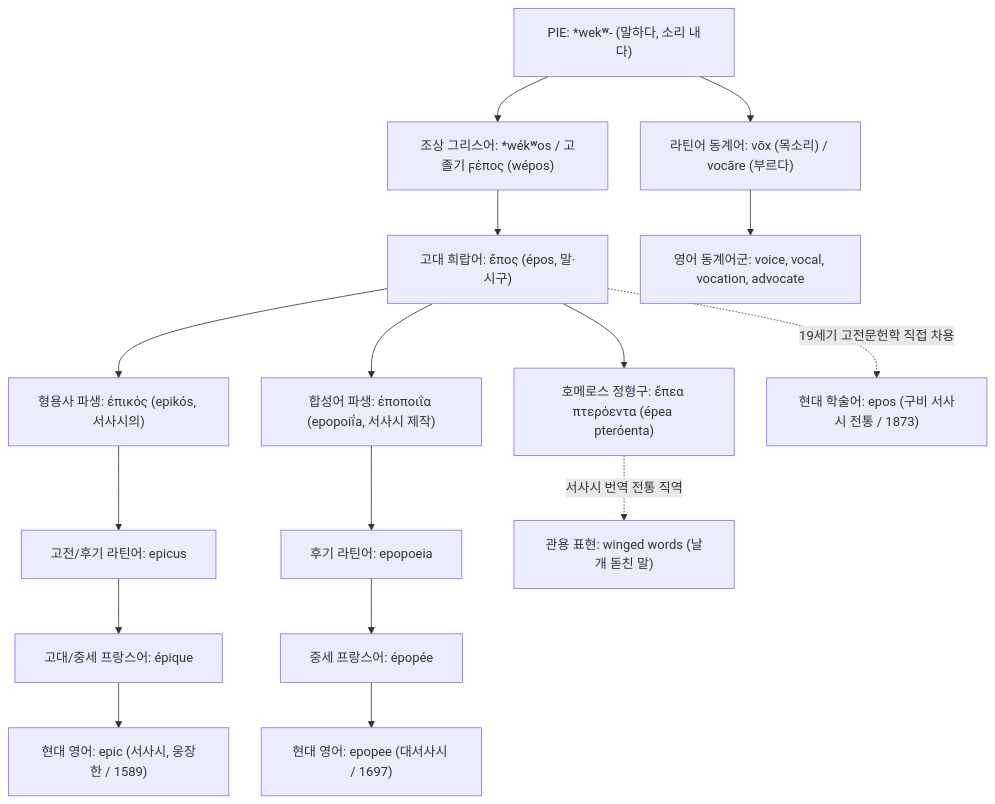
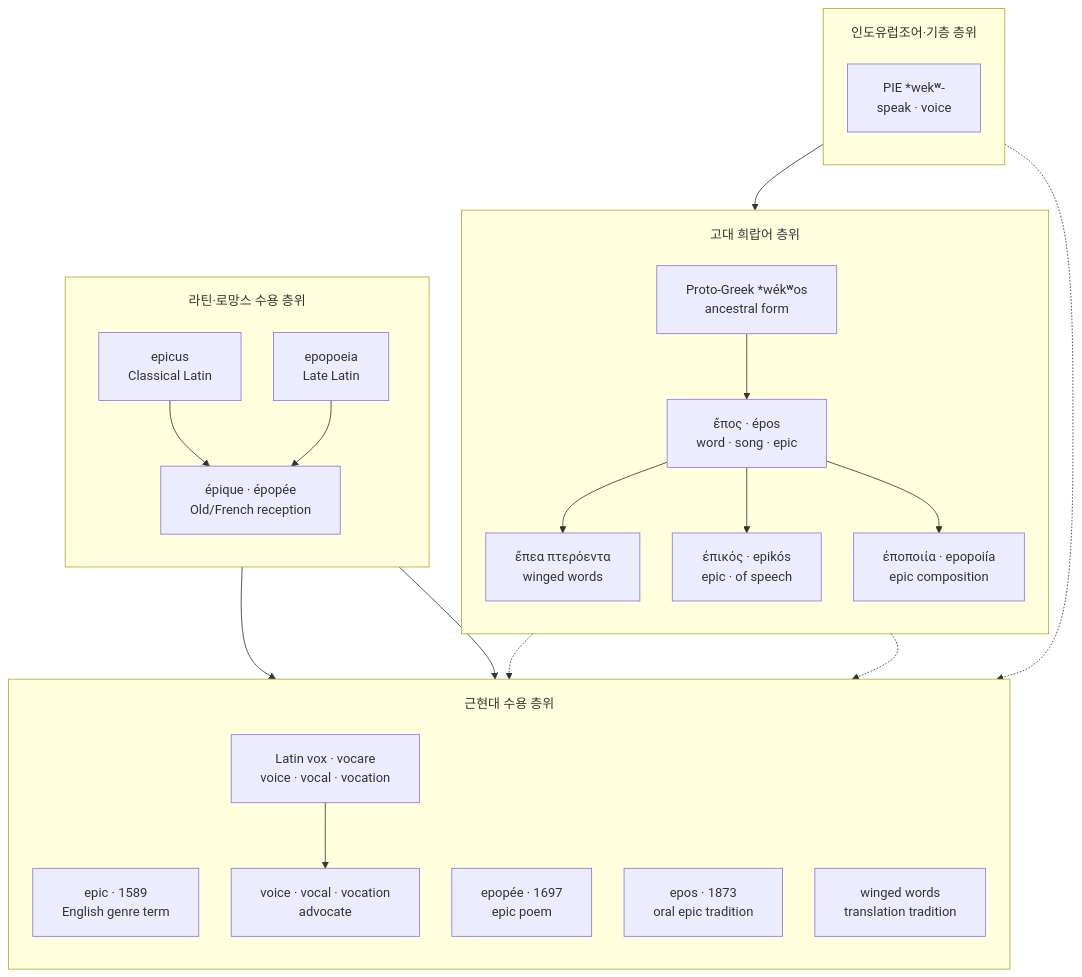
One commit to YgHnSIM/Homer_wiki changed the diagram in words/word-epos.md. Above: the diagram before and after it, drawn with Mermaid.

Commit message:
refactor(word-epos): Type C etymology Mermaid

````diff
--- a/words/word-epos.md
+++ b/words/word-epos.md
@@ -32,26 +32,44 @@
 ```mermaid
 %%{init: {'flowchart': {'useMaxWidth': true, 'nodeSpacing': 40, 'rankSpacing': 56, 'padding': 18, 'subGraphTitleMargin': {'top': 18, 'bottom': 10}}}}%%
 flowchart TD
-    %% 고대 조어 및 희랍어 층위
-    PIE["PIE: *wekʷ- (말하다, 소리 내다)"] --> PGRK["조상 그리스어: *wékʷos / 고졸기 ϝέπος (wépos)"]
-    PGRK --> GRK["고대 희랍어: ἔπος (épos, 말·시구)"]
-    GRK --> FORM["호메로스 정형구: ἔπεα πτερόεντα (épea pteróenta)"]
-    GRK --> ADJ["형용사 파생: ἐπικός (epikós, 서사시의)"]
-    GRK --> COMP["합성어 파생: ἐποποιΐα (epopoiḯa, 서사시 제작)"]
-
-    %% 라틴어 및 로망스어 층위
-    ADJ --> LAT["고전/후기 라틴어: epicus"]
-    COMP --> LLAT["후기 라틴어: epopoeia"]
-    LAT --> OFR["고대/중세 프랑스어: épique"]
-    LLAT --> OFR2["중세 프랑스어: épopée"]
-
-    %% 영어 수용 층위
-    OFR --> MOD1["현대 영어: epic (서사시, 웅장한 / 1589)"]
-    OFR2 --> MOD2["현대 영어: epopee (대서사시 / 1697)"]
-    GRK -.->|"19세기 고전문헌학 직접 차용"| MOD3["현대 학술어: epos (구비 서사시 전통 / 1873)"]
-    FORM -.->|"서사시 번역 전통 직역"| MOD4["관용 표현: winged words (날개 돋친 말)"]
-
-    %% 라틴어 직계 동계어 분기 대조
-    PIE --> LAT_VOX["라틴어 동계어: vōx (목소리) / vocāre (부르다)"]
-    LAT_VOX --> MOD_VOX["영어 동계어군: voice, vocal, vocation, advocate"]
+    subgraph PIE_Stage ["인도유럽조어·기층 층위"]
+        direction TB
+        PIE["PIE *wekʷ-<br/>speak · voice"]:::substrate
+    end
+    subgraph Greek_Stage ["고대 희랍어 층위"]
+        direction TB
+        PGRK["Proto-Greek *wékʷos<br/>ancestral form"]:::variant
+        GRK["ἔπος · épos<br/>word · song · epic"]:::focus
+        FORM["ἔπεα πτερόεντα<br/>winged words"]:::greek
+        ADJ["ἐπικός · epikós<br/>epic · of speech"]:::greek
+        COMP["ἐποποιία · epopoiía<br/>epic composition"]:::greek
+        PGRK --> GRK
+        GRK --> FORM
+        GRK --> ADJ
+        GRK --> COMP
+    end
+    subgraph Latin_Stage ["라틴·로망스 수용 층위"]
+        direction TB
+        LAT["epicus<br/>Classical Latin"]:::latin
+        LLAT["epopoeia<br/>Late Latin"]:::latin
+        OFR["épique · épopée<br/>Old/French reception"]:::latin
+        LAT --> OFR
+        LLAT --> OFR
+    end
+    subgraph Modern_Stage ["근현대 수용 층위"]
+        direction TB
+        MOD1["epic · 1589<br/>English genre term"]:::english
+        MOD2["epopée · 1697<br/>epic poem"]:::english
+        MOD3["epos · 1873<br/>oral epic tradition"]:::english
+        MOD4["winged words<br/>translation tradition"]:::note
+        VOX["Latin vox · vocare<br/>voice · vocal · vocation"]:::latin
+        MODVOX["voice · vocal · vocation<br/>advocate"]:::english
+        OFR --> MOD1
+        OFR --> MOD2
+        GRK -.-> MOD3
+        FORM -.-> MOD4
+        VOX --> MODVOX
+    end
+    PIE --> PGRK
+    PIE -.-> VOX
 ```
````
